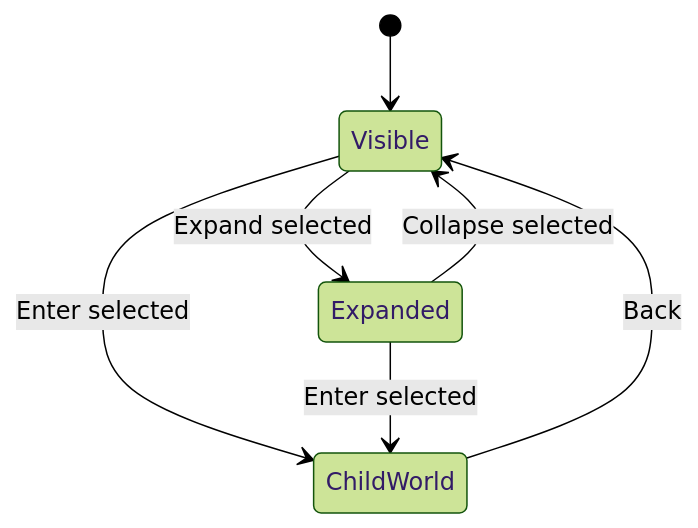
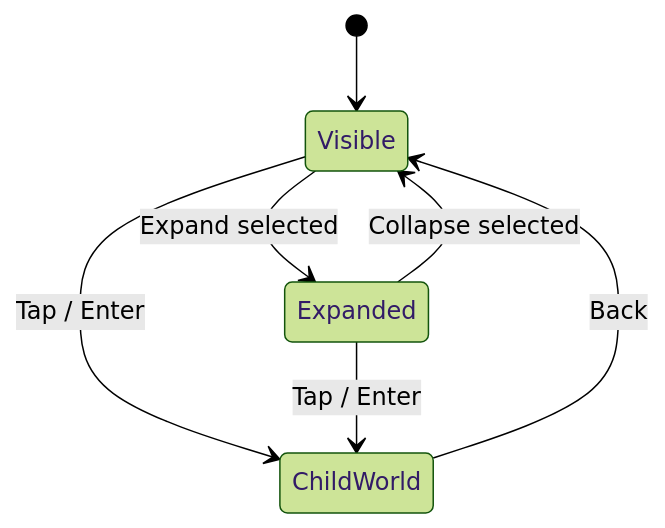
One commit to faric-ua/faric-music-graph changed the third of 4 diagrams in docs/architecture/NESTED_3D_WORLDS.md. Above: the diagram before and after it, drawn with Mermaid (forest theme). The commit also changed other lines of this file, not shown here.

Commit message:
docs: define tap-first interaction adapter and 3D orbit modifier

````diff
--- a/docs/architecture/NESTED_3D_WORLDS.md
+++ b/docs/architecture/NESTED_3D_WORLDS.md
@@ -104,9 +123,9 @@
 ```mermaid
 stateDiagram-v2
   [*] --> Visible
   Visible --> Expanded: Expand selected
   Expanded --> Visible: Collapse selected
-  Visible --> ChildWorld: Enter selected
-  Expanded --> ChildWorld: Enter selected
+  Visible --> ChildWorld: Tap / Enter
+  Expanded --> ChildWorld: Tap / Enter
   ChildWorld --> Visible: Back
 ```
````
